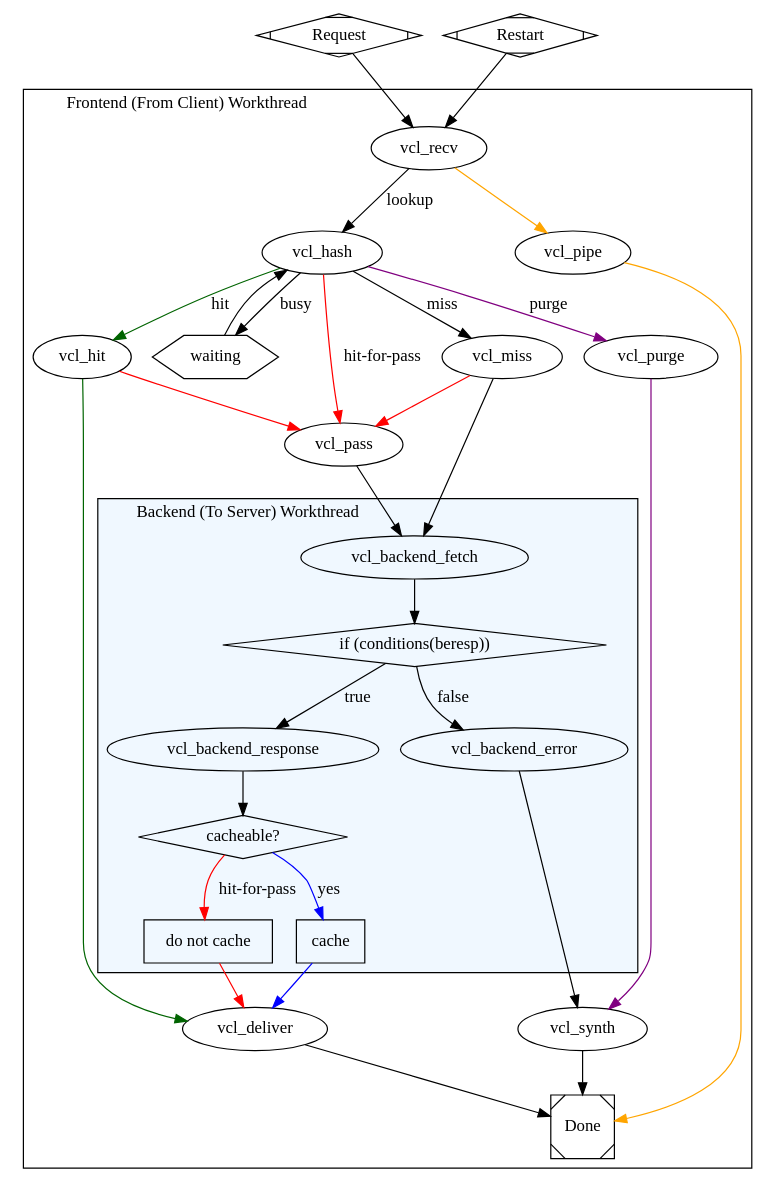
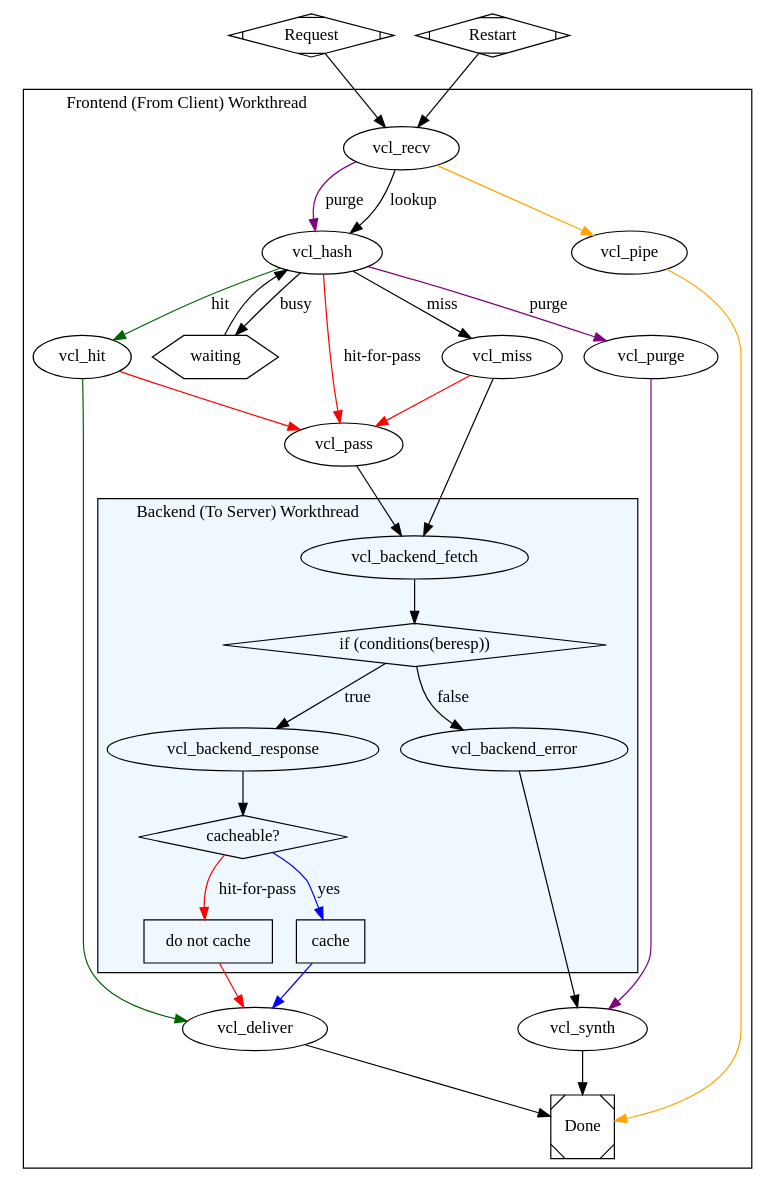
One commit to varnish/Varnish-Book changed the diagram in ui/img/fsm_simplified.dot. Above: the diagram before and after it, drawn with Graphviz. The commit also changed 3 other files, not shown here.

```diff
--- a/ui/img/fsm_simplified.dot
+++ b/ui/img/fsm_simplified.dot
@@ -1,80 +1,81 @@
 digraph varnishfsm{
 	labeljust=l;
 	Request[shape=Mdiamond];
 	restart1[shape=Mdiamond,label="Restart"];
 	Request -> vcl_recv;
 	restart1 -> vcl_recv;
 	subgraph clusterfrontend{
 		
 		{
 			rank=same;
 			vcl_deliver;
 			vcl_synth;
 		};
 		{
 	                rank=same;
 			vcl_hit;
 			vcl_miss;
 			vcl_purge;
 			// vcl_pass;
 		}
 		label="Frontend (From Client) Workthread";
 		
-		vcl_recv -> vcl_hash [label="lookup"];
+		vcl_recv -> vcl_hash [label="lookup"]
+		vcl_recv -> vcl_hash [label="purge",color=purple];
 		vcl_recv -> vcl_pipe[color=orange];
 		vcl_pipe -> Done[color=orange];
 		vcl_hash -> vcl_hit[label="hit",color=darkgreen];
 		vcl_hash -> vcl_miss [label="miss"];
 		vcl_hash -> vcl_pass [label="hit-for-pass",color=red];
 		waiting[shape=hexagon];
 		vcl_hash -> waiting [label="busy"];
 		vcl_hash -> vcl_purge [label="purge",color=purple];
 		vcl_purge -> vcl_synth[color=purple];
 		// restart2[shape=Mdiamond,label="Restart"];
 		// vcl_purge -> restart2;
 		vcl_hit -> vcl_deliver[color=darkgreen];
 		// vcl_hit -> vcl_miss;
 		vcl_hit -> vcl_pass[color=red];
 		vcl_miss -> vcl_backend_fetch;
 		waiting -> vcl_hash;
 		vcl_pass -> vcl_backend_fetch;
 		vcl_miss -> vcl_pass[color=red];
 		
 		subgraph clusterbackend {
 			bgcolor=aliceblue
 			label="Backend (To Server) Workthread";
 			decision1 [shape=diamond,label="if (conditions(beresp))"];
 			vcl_backend_fetch -> decision1;
 			decision1 -> vcl_backend_response [label="true"];
 			decision1 -> vcl_backend_error [label="false"];
 			decision4[shape=diamond,label="cacheable?"];
 			cache[shape=box,label="cache"];
 			nocache[shape=box,label="do not cache"];
 			vcl_backend_response -> decision4;
 			decision4 -> cache [label="yes",color=blue];
 			decision4 -> nocache [label="hit-for-pass",color=red];
 			
 			// decision3 [shape=diamond];
 			// vcl_backend_response -> decision3[label="retry"];
 			// vcl_backend_error -> decision2 [label="retry"];
 		}
 		// vcl_backend_fetch -> vcl_synth [label="abandon"];
 		// vcl_backend_response -> vcl_synth [label="abandon"];
 		// retry1[shape=plaintext,label="retry"] 
 		// decision2 [shape=diamond];
 		// decision2 -> vcl_synth [label=">max"];
 		// retry2[shape=plaintext,label="retry"]
 		// decision2 -> retry1 [label="<=max"];
 		// decision3 -> retry2 [label="<=max"];
 		// decision3 -> vcl_synth [label=">max"];
 		// vcl_backend_error -> vcl_deliver;
 		vcl_backend_error -> vcl_synth;
 		
 		cache -> vcl_deliver[color=blue];
 		nocache -> vcl_deliver[color=red];
 	}
 	Done[shape=Msquare];
 	vcl_deliver -> Done;
 	vcl_synth -> Done;
 	
 }
```
